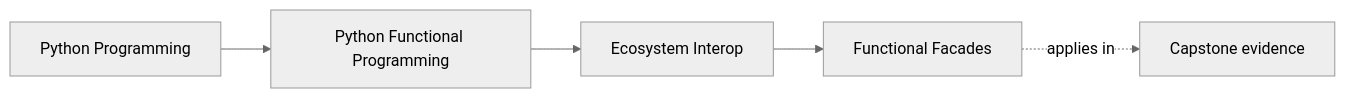
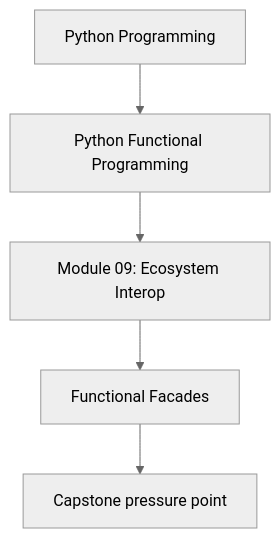
Before and after one commit to bijux/bijux-masterclass: the first of 2 diagrams in programs/python-programming/python-functional-programming/course-book/module-09-ecosystem-interop/functional-facades.md, drawn with Mermaid (neutral theme). The commit also changed other lines of this file and 118 other files, not shown here.

Commit message:
docs(python-functional-programming): align concept page diagrams

````diff
--- a/programs/python-programming/python-functional-programming/course-book/module-09-ecosystem-interop/functional-facades.md
+++ b/programs/python-programming/python-functional-programming/course-book/module-09-ecosystem-interop/functional-facades.md
@@ -6,11 +6,7 @@
 ```mermaid
-graph LR
-  family["Python Programming"]
-  program["Python Functional Programming"]
-  section["Ecosystem Interop"]
-  page["Functional Facades"]
-  capstone["Capstone evidence"]
-
-  family --> program --> section --> page
-  page -.applies in.-> capstone
+flowchart TD
+  family["Python Programming"] --> program["Python Functional Programming"]
+  program --> module["Module 09: Ecosystem Interop"]
+  module --> concept["Functional Facades"]
+  concept --> capstone["Capstone pressure point"]
 ```
````
